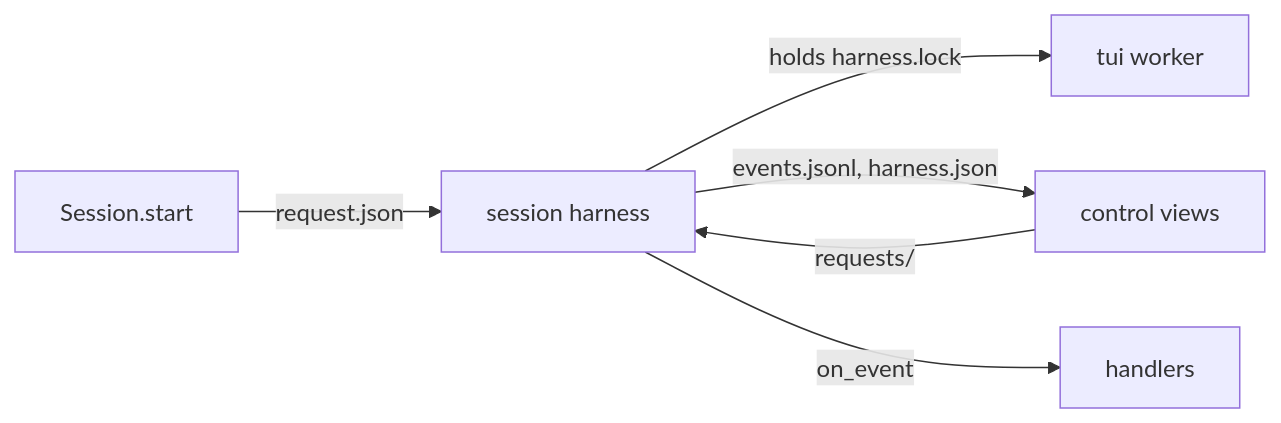
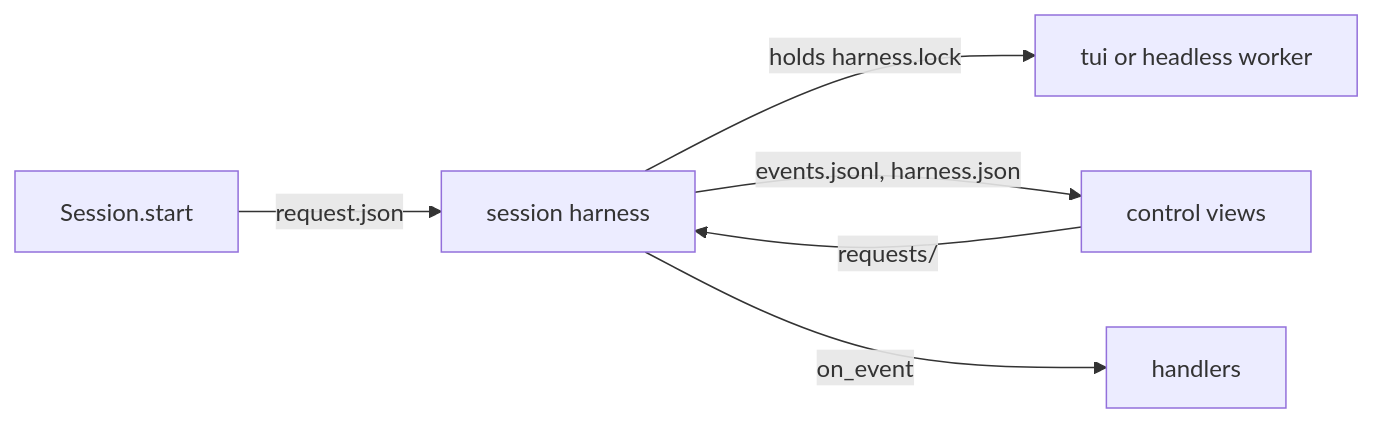
Before and after one commit to windroc-labs/ensemble: the diagram in docs/sessions.md, drawn with Mermaid. The commit also changed other lines of this file and 18 other files, not shown here.

First line of the commit message:
feat(session): run built-in headless sessions under the session harness

````diff
--- a/docs/sessions.md
+++ b/docs/sessions.md
@@ -74,8 +74,8 @@
 ```mermaid
 flowchart LR
   E[Session.start] -->|request.json| H[session harness]
-  H -->|holds harness.lock| W[tui worker]
+  H -->|holds harness.lock| W[tui or headless worker]
   H -->|events.jsonl, harness.json| V[control views]
   V -->|requests/| H
   H -->|on_event| D[handlers]
 ```
````
